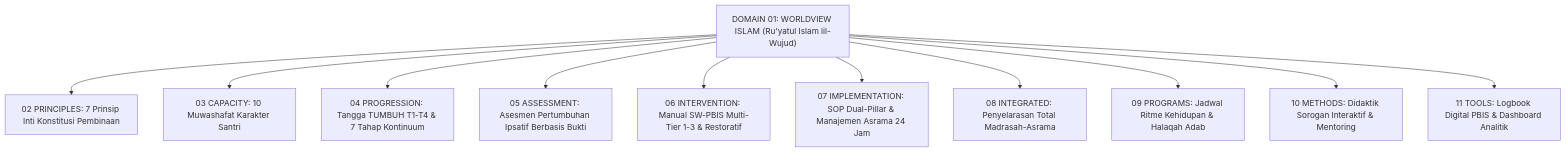
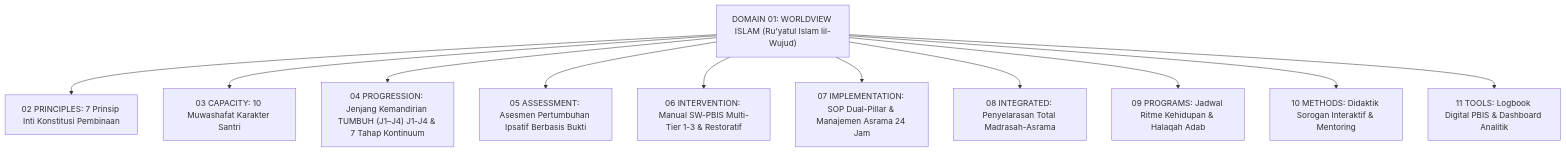
Before and after one commit to wandiapriliyandi/tumbuh: the third of 3 diagrams in 01 Philosophy/01 Worldview/P1-01-Worldview-TUMBUH.md, drawn with Mermaid. The commit also changed other lines of this file and 209 other files, not shown here.

````diff
--- a/01 Philosophy/01 Worldview/P1-01-Worldview-TUMBUH.md
+++ b/01 Philosophy/01 Worldview/P1-01-Worldview-TUMBUH.md
@@ -134,15 +134,15 @@
 ```mermaid
 graph TD
     WV["DOMAIN 01: WORLDVIEW ISLAM (Ru'yatul Islam lil-Wujud)"]
     
     WV --> D02["02 PRINCIPLES: 7 Prinsip Inti Konstitusi Pembinaan"]
     WV --> D03["03 CAPACITY: 10 Muwashafat Karakter Santri"]
-    WV --> D04["04 PROGRESSION: Tangga TUMBUH T1-T4 & 7 Tahap Kontinuum"]
+    WV --> D04["04 PROGRESSION: Jenjang Kemandirian TUMBUH (J1–J4) J1-J4 & 7 Tahap Kontinuum"]
     WV --> D05["05 ASSESSMENT: Asesmen Pertumbuhan Ipsatif Berbasis Bukti"]
     WV --> D06["06 INTERVENTION: Manual SW-PBIS Multi-Tier 1-3 & Restoratif"]
     WV --> D07["07 IMPLEMENTATION: SOP Dual-Pillar & Manajemen Asrama 24 Jam"]
     WV --> D08["08 INTEGRATED: Penyelarasan Total Madrasah-Asrama"]
     WV --> D09["09 PROGRAMS: Jadwal Ritme Kehidupan & Halaqah Adab"]
     WV --> D10["10 METHODS: Didaktik Sorogan Interaktif & Mentoring"]
     WV --> D11["11 TOOLS: Logbook Digital PBIS & Dashboard Analitik"]
 ```
````
